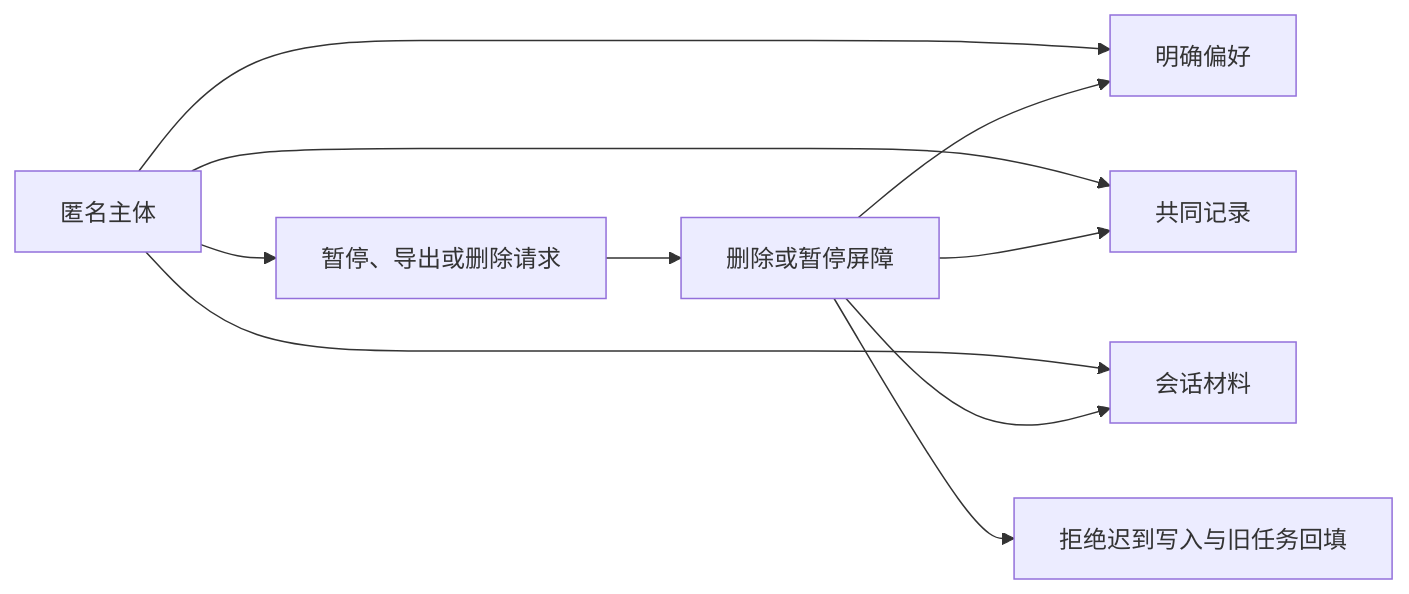
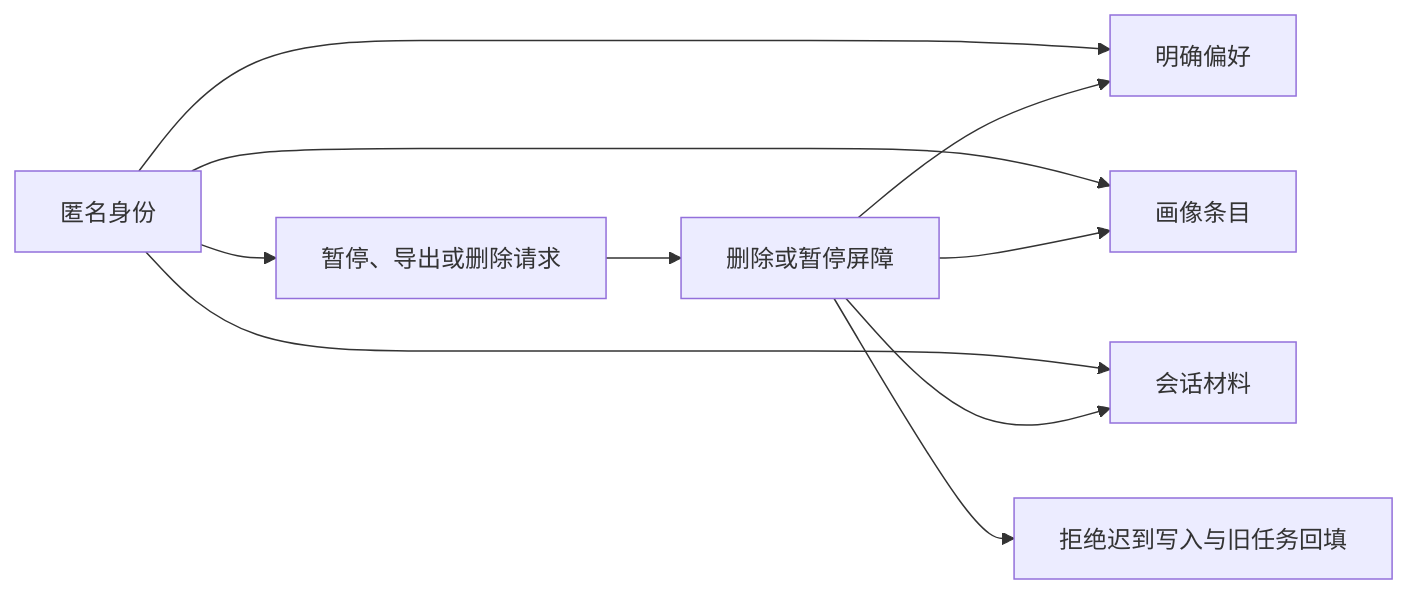
Before and after one commit to weiz98417-crypto/qiuqiu: the seventh of 9 diagrams in docs/球球全套资料/4.产品设计/41-领域数据模型设计.md, drawn with Mermaid. The commit also changed other lines of this file and 49 other files, not shown here.

````diff
--- a/docs/球球全套资料/4.产品设计/41-领域数据模型设计.md
+++ b/docs/球球全套资料/4.产品设计/41-领域数据模型设计.md
@@ -372,12 +352,12 @@
 ```mermaid
 flowchart LR
-    Subject[匿名主体] --> Preference[明确偏好]
-    Subject --> Memory[共同记录]
+    Subject[匿名身份] --> Preference[明确偏好]
+    Subject --> Profile[画像条目]
     Subject --> Session[会话材料]
     Subject --> Request[暂停、导出或删除请求]
     Request --> Barrier[删除或暂停屏障]
     Barrier --> Preference
-    Barrier --> Memory
+    Barrier --> Profile
     Barrier --> Session
     Barrier --> Reject[拒绝迟到写入与旧任务回填]
 ```
````
